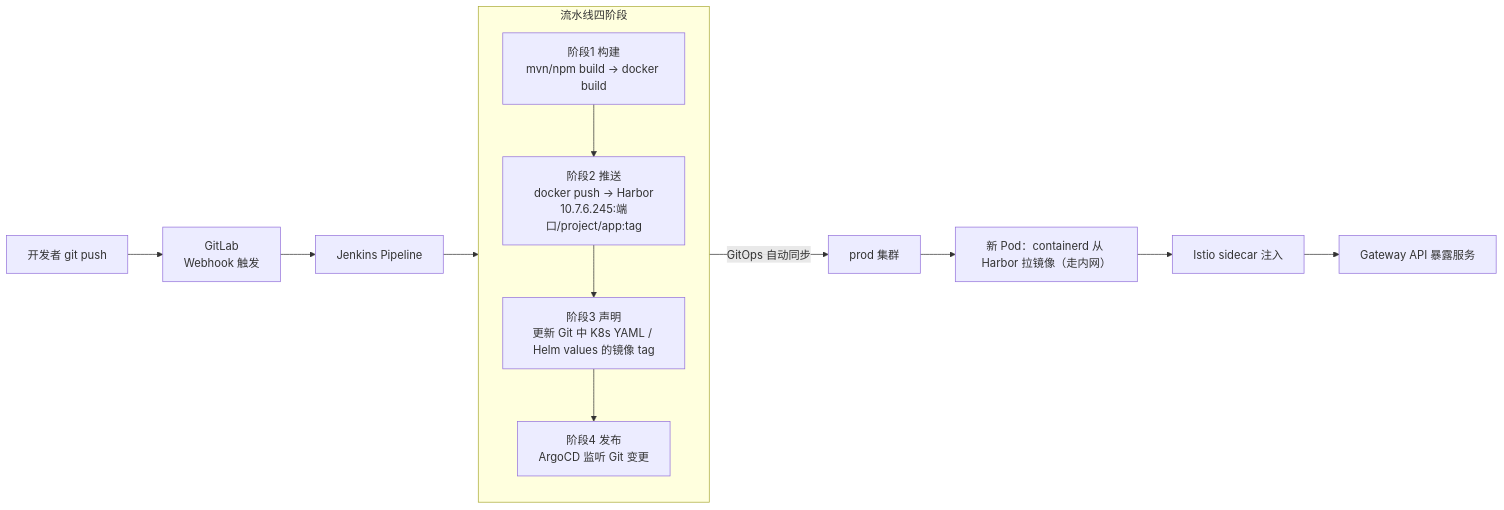
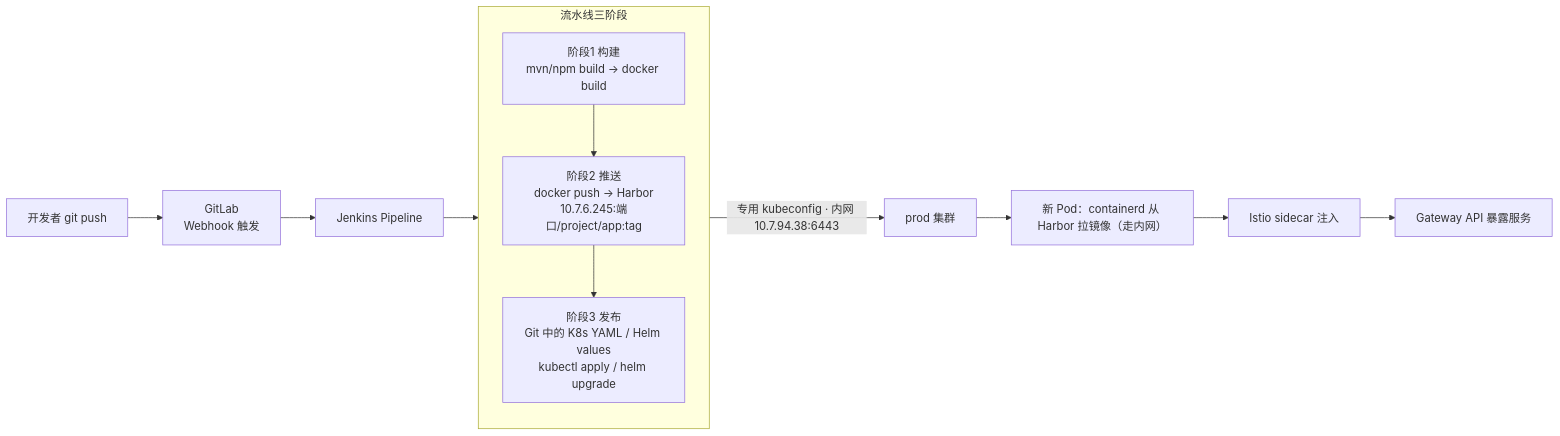
The second of 2 diagrams in CICD/Jenkins+GitLab/cluster-plan.md (pro12221/DevOps), drawn with Mermaid before and after one commit. The commit also changed other lines of this file and 21 other files, not shown here.

````diff
--- a/CICD/Jenkins+GitLab/cluster-plan.md
+++ b/CICD/Jenkins+GitLab/cluster-plan.md
@@ -117,20 +119,19 @@
 ```mermaid
 flowchart LR
     dev["开发者 git push"] --> gl["GitLab<br/>Webhook 触发"]
     gl --> jk["Jenkins Pipeline"]
 
-    subgraph stages["流水线四阶段"]
+    subgraph stages["流水线三阶段"]
         direction TB
         s1["阶段1 构建<br/>mvn/npm build → docker build"]
         s2["阶段2 推送<br/>docker push → Harbor<br/>10.7.6.245:端口/project/app:tag"]
-        s3["阶段3 声明<br/>更新 Git 中 K8s YAML / Helm values 的镜像 tag"]
-        s4["阶段4 发布<br/>ArgoCD 监听 Git 变更"]
-        s1 --> s2 --> s3 --> s4
+        s3["阶段3 发布<br/>Git 中的 K8s YAML / Helm values<br/>kubectl apply / helm upgrade"]
+        s1 --> s2 --> s3
     end
 
     jk --> s1
-    s4 -->|"GitOps 自动同步"| prod["prod 集群"]
+    s3 -->|"专用 kubeconfig · 内网 10.7.94.38:6443"| prod["prod 集群"]
     prod --> pull["新 Pod：containerd 从 Harbor 拉镜像（走内网）"]
     pull --> inj["Istio sidecar 注入"]
     inj --> gw["Gateway API 暴露服务"]
 ```
````
